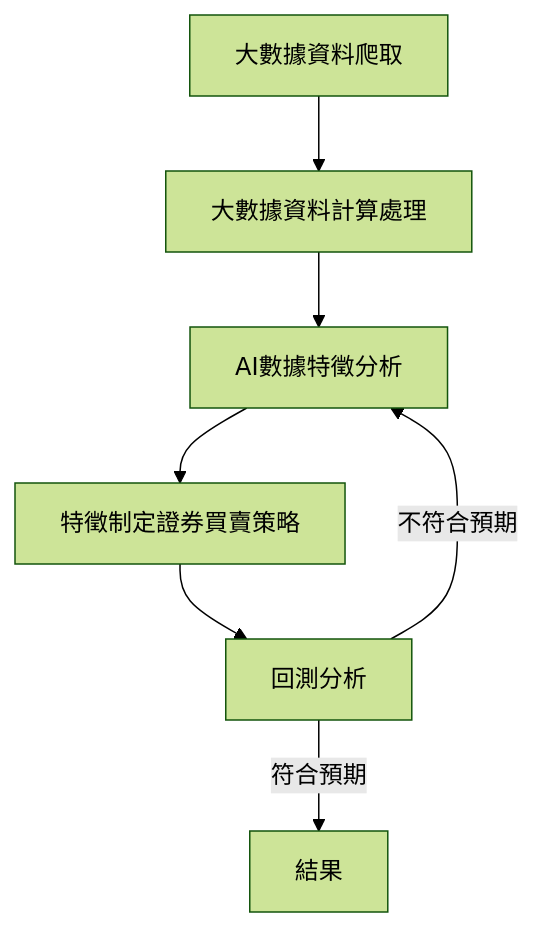
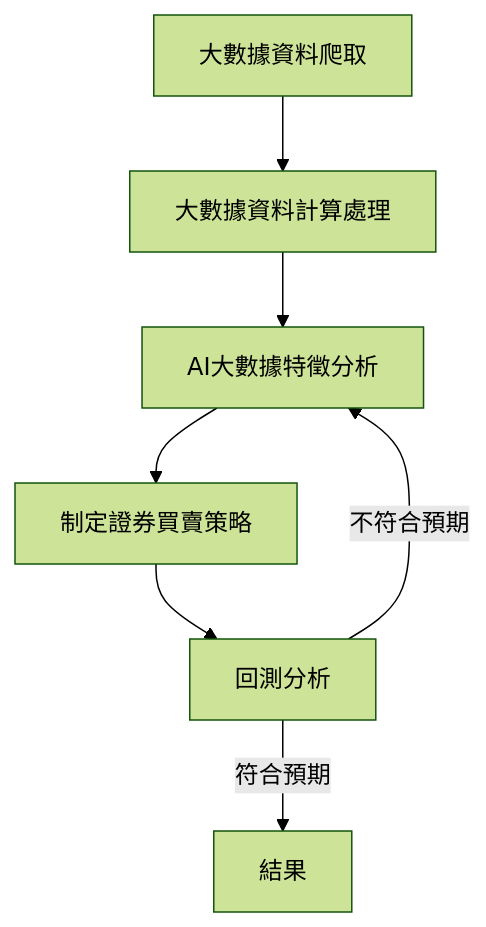
Before and after one commit to jamie-commander/Get-stock-data-and-calculate: the diagram in README.md, drawn with Mermaid (forest theme).

````diff
--- a/README.md
+++ b/README.md
@@ -45,9 +45,9 @@
 ```mermaid
         graph TB
         Big_Data_Catch[大數據資料爬取] --> Calc[大數據資料計算處理]
-        Calc --> Analysis[AI數據特徵分析]
-        Analysis --> feature[特徵制定證券買賣策略]
+        Calc --> Analysis[AI大數據特徵分析]
+        Analysis --> feature[制定證券買賣策略]
         feature --> backtrader[回測分析]
         backtrader -- 符合預期 --> result[結果]
         backtrader -- 不符合預期 --> Analysis
 ```
````
